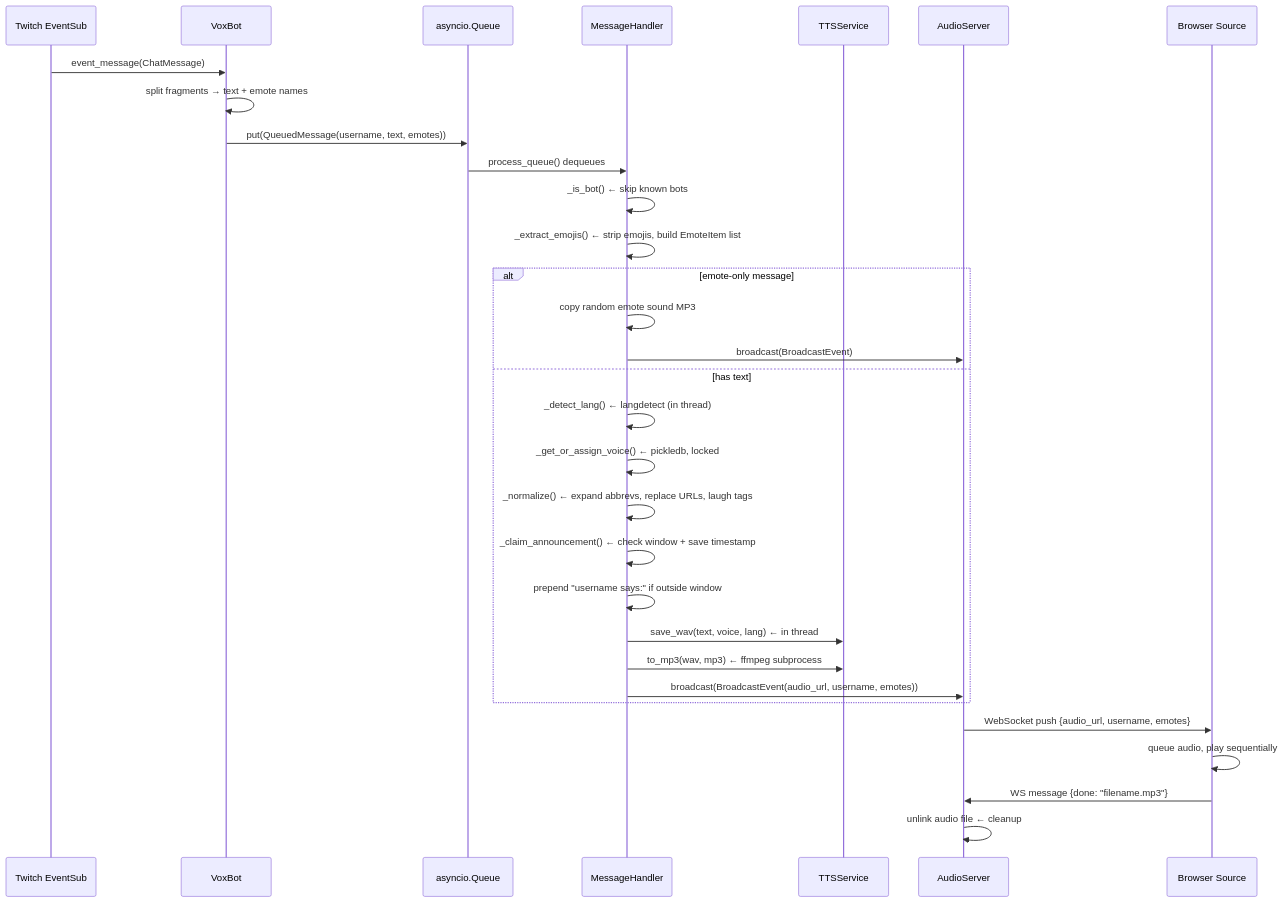
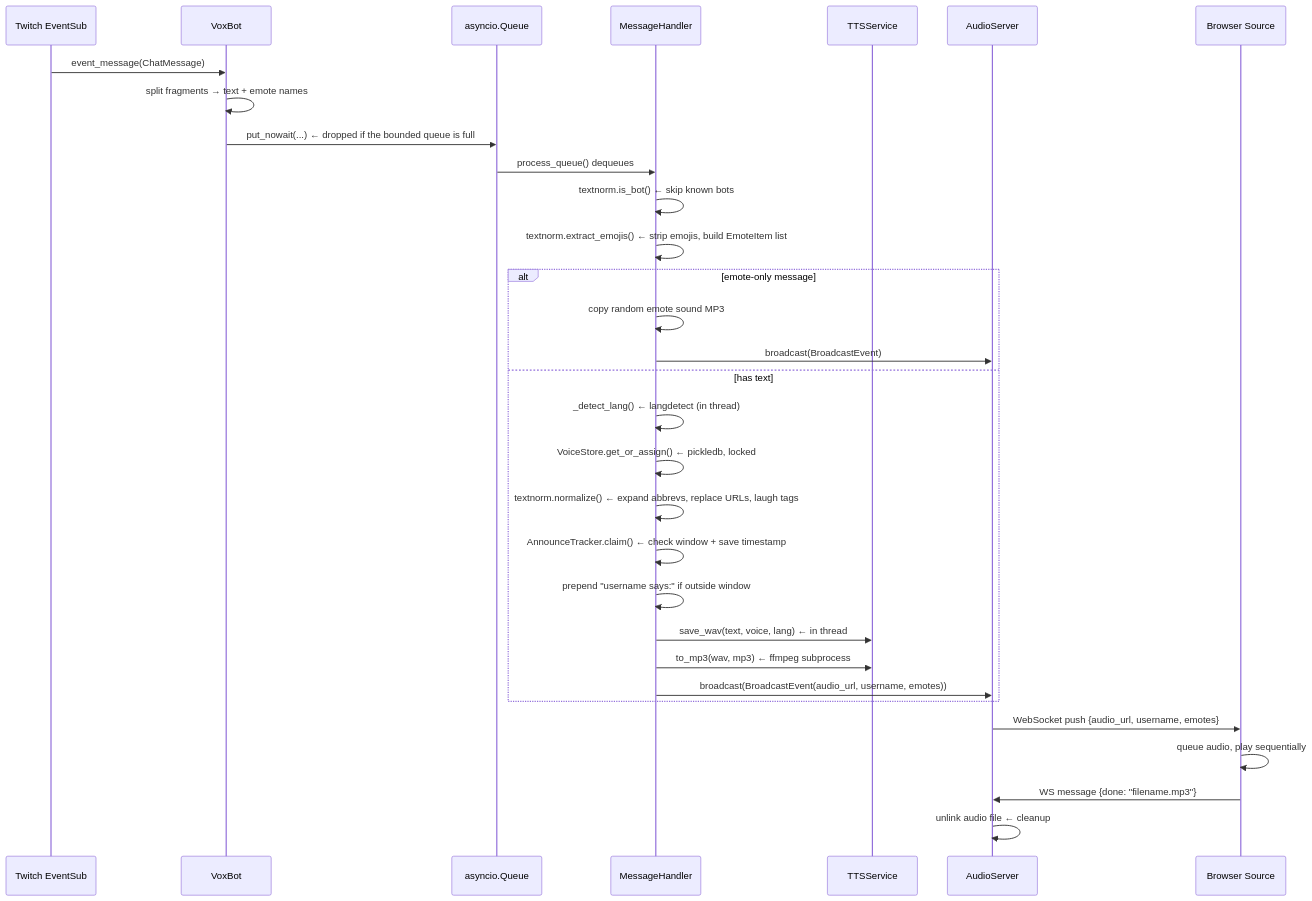
The third of 8 diagrams in ARCHITECTURE.md (w0rxbend/twitch-voxer), drawn with Mermaid before and after one commit. The commit also changed other lines of this file and 31 other files, not shown here.

````diff
--- a/ARCHITECTURE.md
+++ b/ARCHITECTURE.md
@@ -101,34 +124,34 @@
 ```mermaid
 sequenceDiagram
     participant TW as Twitch EventSub
     participant BOT as VoxBot
     participant MQ as asyncio.Queue
     participant MH as MessageHandler
     participant TTS as TTSService
     participant SRV as AudioServer
     participant OBS as Browser Source
 
     TW->>BOT: event_message(ChatMessage)
     BOT->>BOT: split fragments → text + emote names
-    BOT->>MQ: put(QueuedMessage(username, text, emotes))
+    BOT->>MQ: put_nowait(...)  ← dropped if the bounded queue is full
     MQ->>MH: process_queue() dequeues
-    MH->>MH: _is_bot()  ← skip known bots
-    MH->>MH: _extract_emojis()  ← strip emojis, build EmoteItem list
+    MH->>MH: textnorm.is_bot()  ← skip known bots
+    MH->>MH: textnorm.extract_emojis()  ← strip emojis, build EmoteItem list
     alt emote-only message
         MH->>MH: copy random emote sound MP3
         MH->>SRV: broadcast(BroadcastEvent)
     else has text
         MH->>MH: _detect_lang()  ← langdetect (in thread)
-        MH->>MH: _get_or_assign_voice()  ← pickledb, locked
-        MH->>MH: _normalize()  ← expand abbrevs, replace URLs, laugh tags
-        MH->>MH: _claim_announcement()  ← check window + save timestamp
+        MH->>MH: VoiceStore.get_or_assign()  ← pickledb, locked
+        MH->>MH: textnorm.normalize()  ← expand abbrevs, replace URLs, laugh tags
+        MH->>MH: AnnounceTracker.claim()  ← check window + save timestamp
         MH->>MH: prepend "username says:" if outside window
         MH->>TTS: save_wav(text, voice, lang)  ← in thread
         MH->>TTS: to_mp3(wav, mp3)  ← ffmpeg subprocess
         MH->>SRV: broadcast(BroadcastEvent(audio_url, username, emotes))
     end
     SRV->>OBS: WebSocket push {audio_url, username, emotes}
     OBS->>OBS: queue audio, play sequentially
     OBS->>SRV: WS message {done: "filename.mp3"}
     SRV->>SRV: unlink audio file  ← cleanup
 ```
````
